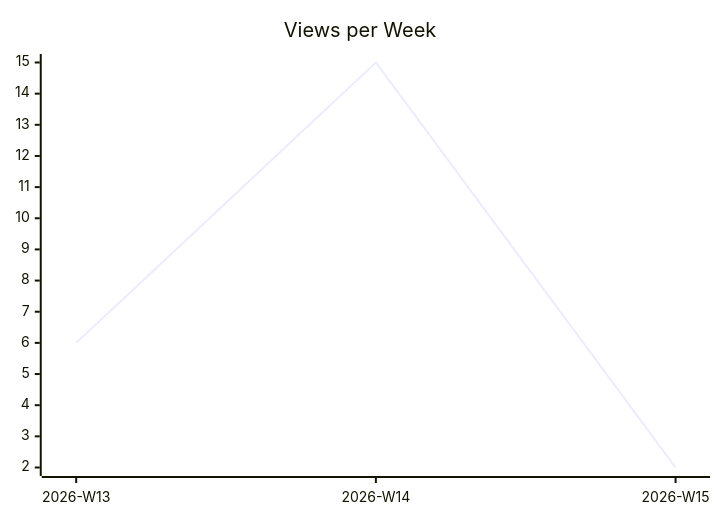
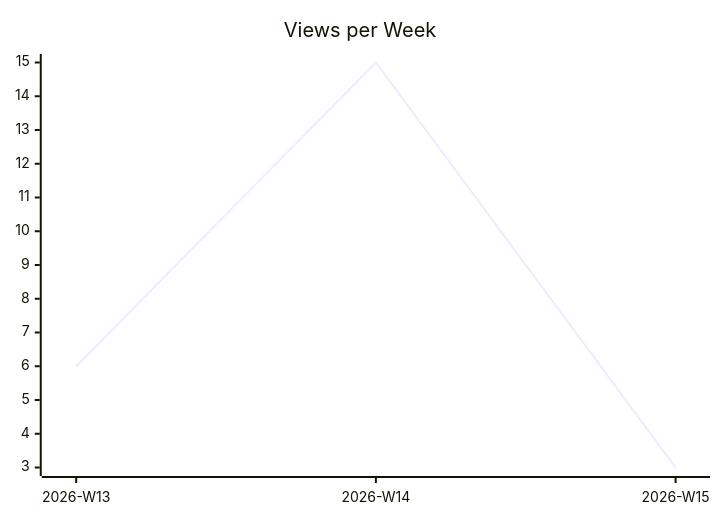
Before and after one commit to justdavis-family/github-analytics-data: the second of 3 diagrams in karlmdavis/ksoap2-android/README.md, drawn with Mermaid. The commit also changed other lines of this file and 192 other files, not shown here.

````diff
--- a/karlmdavis/ksoap2-android/README.md
+++ b/karlmdavis/ksoap2-android/README.md
@@ -12,6 +12,6 @@
 ```mermaid
 xychart-beta
   title "Views per Week"
   x-axis ["2026-W13", "2026-W14", "2026-W15"]
-  line [6, 15, 2]
+  line [6, 15, 3]
 ```
````
